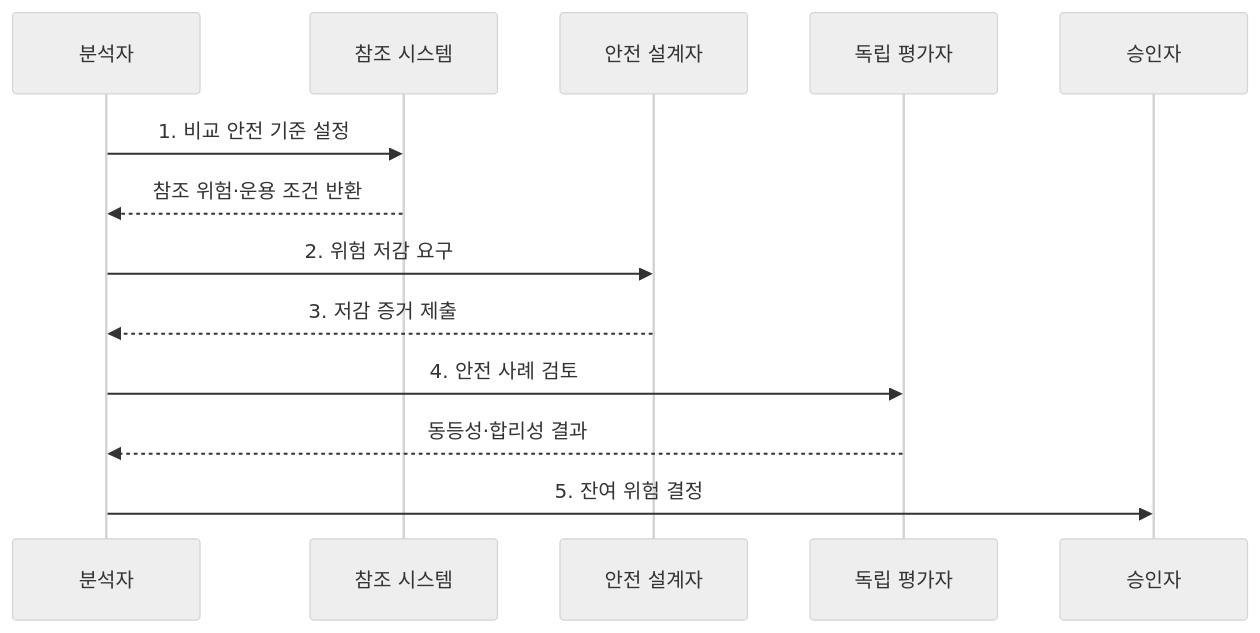
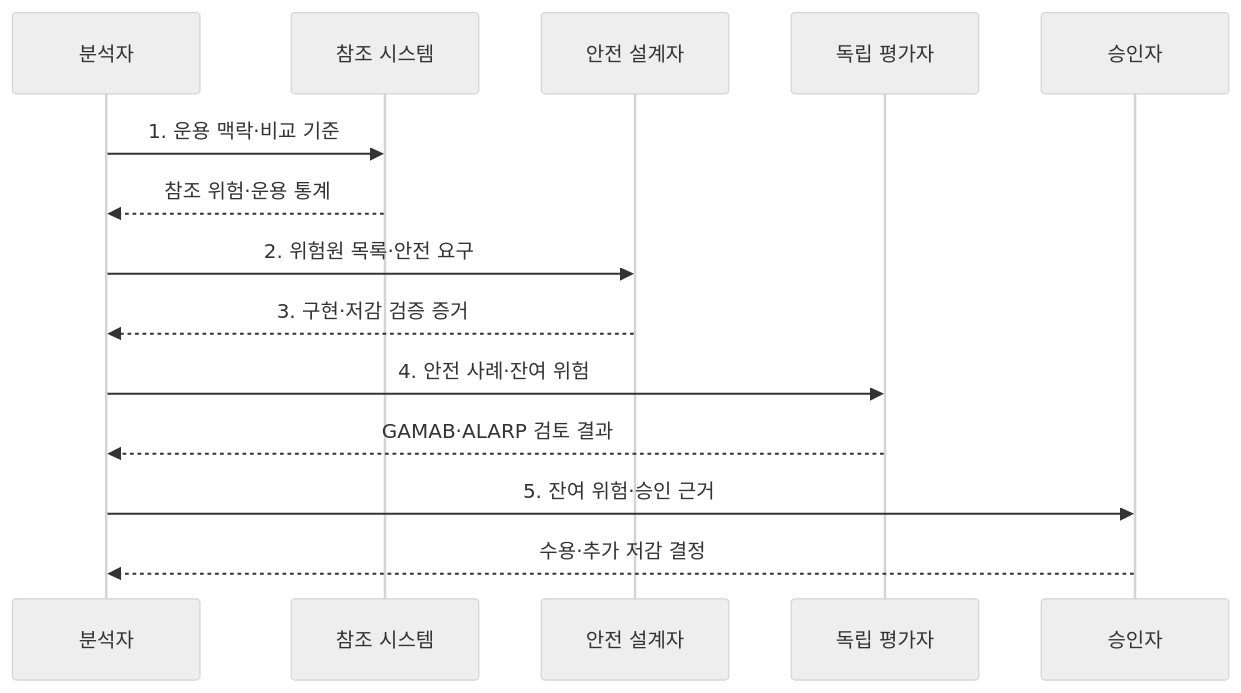
Before and after one commit to agnusdei1207/knowledge-base: the second of 2 diagrams in src/content/docs/notes/03-software/077_software_safety_gamab_alarp.md, drawn with Mermaid (neutral theme). The commit also changed other lines of this file and 20 other files, not shown here.

````diff
--- a/src/content/docs/notes/03-software/077_software_safety_gamab_alarp.md
+++ b/src/content/docs/notes/03-software/077_software_safety_gamab_alarp.md
@@ -78,15 +84,16 @@
 ```mermaid
 sequenceDiagram
     participant A as 분석자
     participant F as 참조 시스템
     participant S as 안전 설계자
     participant V as 독립 평가자
     participant R as 승인자
-    A->>F: 1. 비교 안전 기준 설정
-    F-->>A: 참조 위험·운용 조건 반환
-    A->>S: 2. 위험 저감 요구
-    S-->>A: 3. 저감 증거 제출
-    A->>V: 4. 안전 사례 검토
-    V-->>A: 동등성·합리성 결과
-    A->>R: 5. 잔여 위험 결정
+    A->>F: 1. 운용 맥락·비교 기준
+    F-->>A: 참조 위험·운용 통계
+    A->>S: 2. 위험원 목록·안전 요구
+    S-->>A: 3. 구현·저감 검증 증거
+    A->>V: 4. 안전 사례·잔여 위험
+    V-->>A: GAMAB·ALARP 검토 결과
+    A->>R: 5. 잔여 위험·승인 근거
+    R-->>A: 수용·추가 저감 결정
 ```
````
